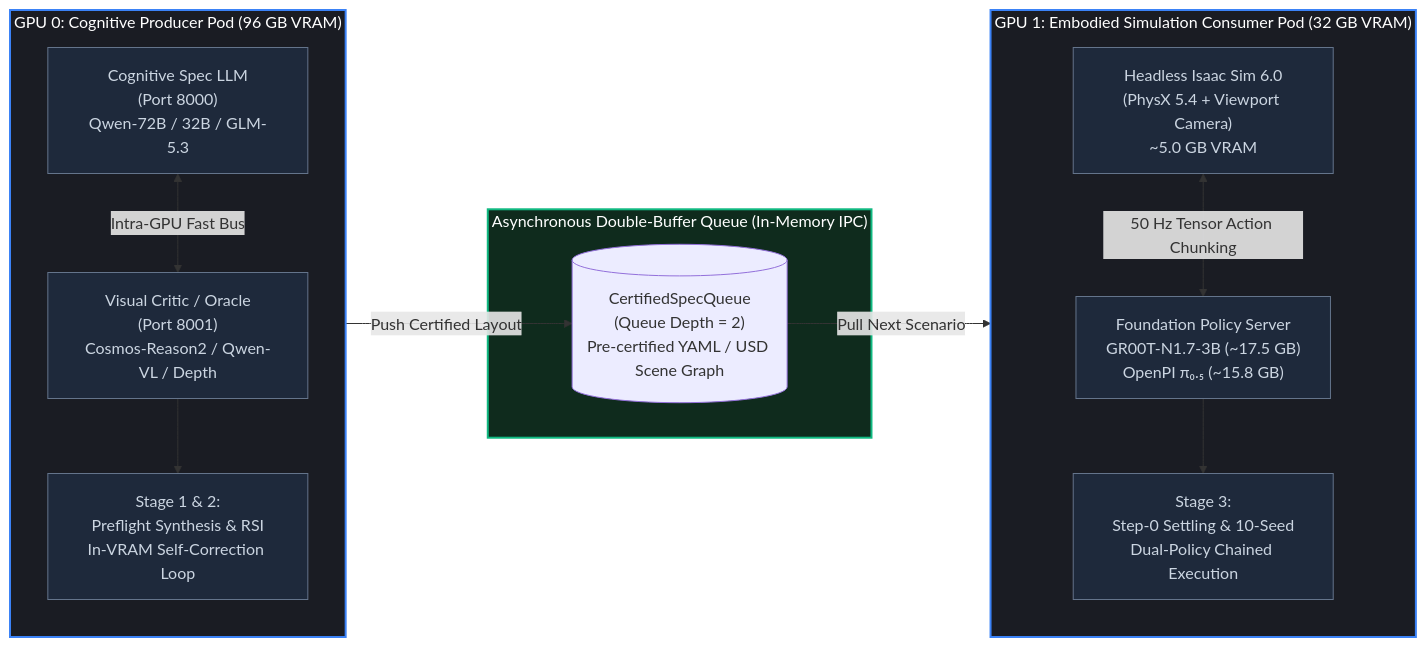
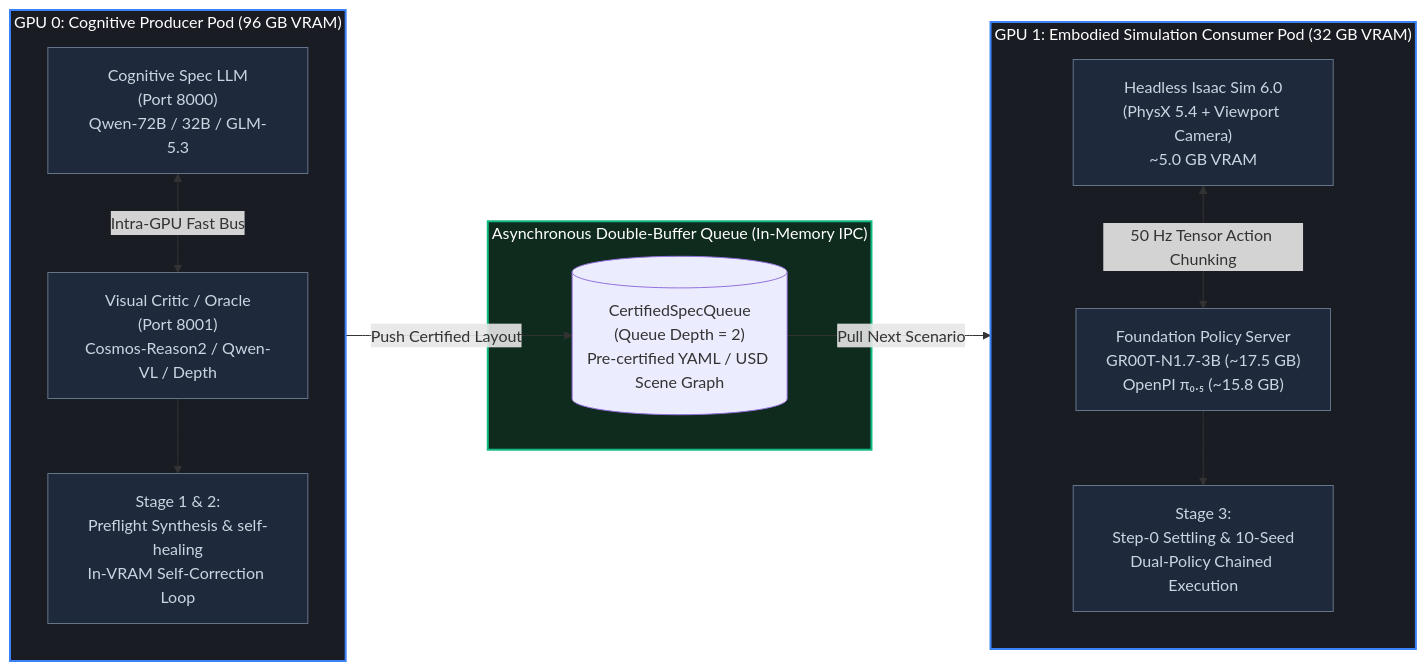
The first of 4 diagrams in .agents/references/plans/local-inference/experiments/experiment_05.md (boredengineering/IsaacLab-Arena), drawn with Mermaid before and after one commit. The commit also changed other lines of this file and 31 other files, not shown here.

````diff
--- a/.agents/references/plans/local-inference/experiments/experiment_05.md
+++ b/.agents/references/plans/local-inference/experiments/experiment_05.md
@@ -1217,48 +1217,48 @@
 ```mermaid
 flowchart LR
     subgraph GPU0["GPU 0: Cognitive Producer Pod (96 GB VRAM)"]
         direction TB
         SpecLLM["Cognitive Spec LLM
 (Port 8000)
 Qwen-72B / 32B / GLM-5.3"]
         Critic["Visual Critic / Oracle
 (Port 8001)
 Cosmos-Reason2 / Qwen-VL / Depth"]
-        RSILoop["Stage 1 & 2:
-Preflight Synthesis & RSI
+        HealingLoop["Stage 1 & 2:
+Preflight Synthesis & self-healing
 In-VRAM Self-Correction Loop"]
         SpecLLM <-->|Intra-GPU Fast Bus| Critic
-        Critic --> RSILoop
+        Critic --> HealingLoop
     end
 
     subgraph Queue["Asynchronous Double-Buffer Queue (In-Memory IPC)"]
         CertifiedQueue[("CertifiedSpecQueue
 (Queue Depth = 2)
 Pre-certified YAML / USD Scene Graph")]
     end
 
     subgraph GPU1["GPU 1: Embodied Simulation Consumer Pod (32 GB VRAM)"]
         direction TB
         IsaacSim["Headless Isaac Sim 6.0
 (PhysX 5.4 + Viewport Camera)
 ~5.0 GB VRAM"]
         PolicyServer["Foundation Policy Server
 GR00T-N1.7-3B (~17.5 GB)
 OpenPI π₀.₅ (~15.8 GB)"]
         Rollout["Stage 3:
 Step-0 Settling & 10-Seed
 Dual-Policy Chained Execution"]
         IsaacSim <-->|50 Hz Tensor Action Chunking| PolicyServer
         PolicyServer --> Rollout
     end
 
-    RSILoop -->|Push Certified Layout| CertifiedQueue
+    HealingLoop -->|Push Certified Layout| CertifiedQueue
     CertifiedQueue -->|Pull Next Scenario| IsaacSim
 
     classDef pod fill:#1a1c23,stroke:#3b82f6,stroke-width:2px,color:#fff;
     classDef queue fill:#0f2b1d,stroke:#10b981,stroke-width:2px,color:#fff;
     classDef model fill:#1e293b,stroke:#64748b,stroke-width:1px,color:#cbd5e1;
     class GPU0,GPU1 pod;
     class Queue queue;
-    class SpecLLM,Critic,RSILoop,IsaacSim,PolicyServer,Rollout model;
+    class SpecLLM,Critic,HealingLoop,IsaacSim,PolicyServer,Rollout model;
 ```
````
